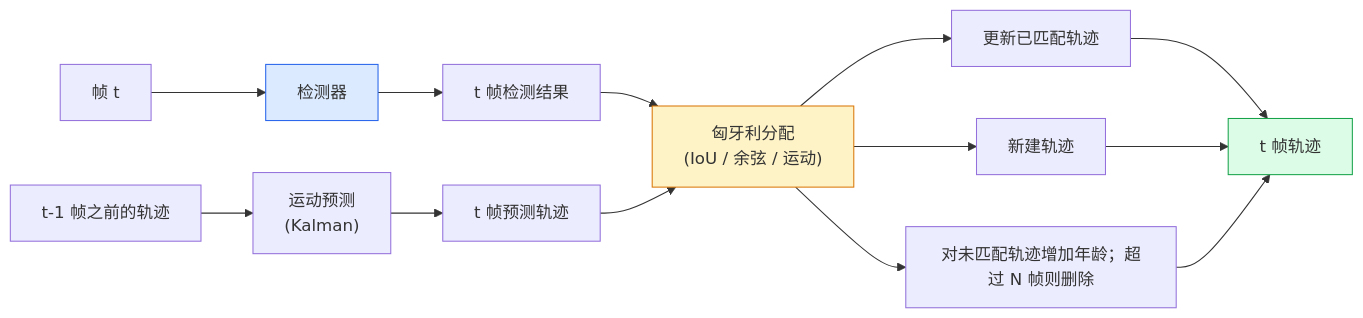
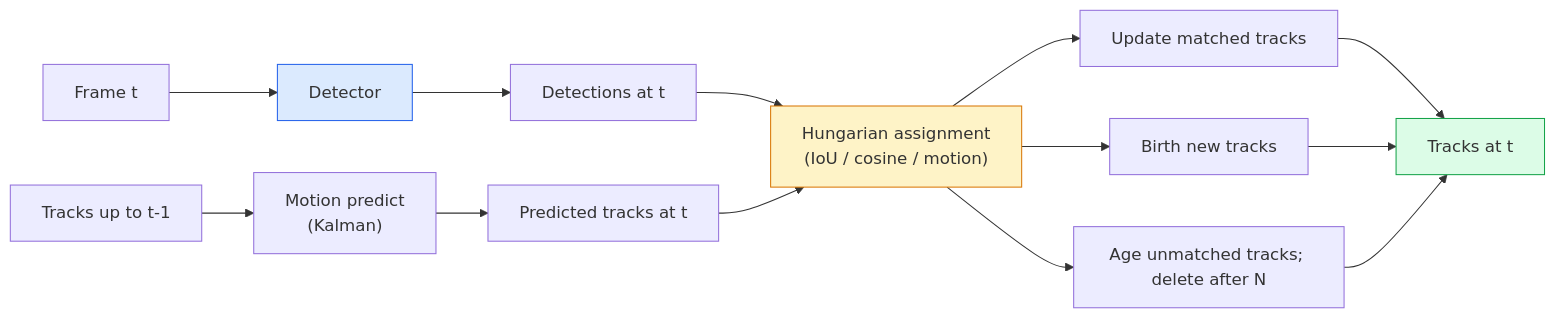
The diagram in i18n/zh/phases/04-computer-vision/27-multi-object-tracking/docs/zh.md (xiaojiaenen/ai-engineering-from-scratch-zh), drawn with Mermaid before and after one commit. The commit also changed other lines of this file and 28 other files, not shown here.

````diff
--- a/i18n/zh/phases/04-computer-vision/27-multi-object-tracking/docs/zh.md
+++ b/i18n/zh/phases/04-computer-vision/27-multi-object-tracking/docs/zh.md
@@ -29,18 +29,18 @@
 ```mermaid
 flowchart LR
-    F1["帧 t"] --> DET["检测器"] --> D1["t 帧检测结果"]
-    PREV["t-1 帧之前的轨迹"] --> PREDICT["运动预测<br/>(Kalman)"]
-    PREDICT --> PRED["t 帧预测轨迹"]
-    D1 --> ASSOC["匈牙利分配<br/>(IoU / 余弦 / 运动)"]
+    F1["Frame t"] --> DET["Detector"] --> D1["Detections at t"]
+    PREV["Tracks up to t-1"] --> PREDICT["Motion predict<br/>(Kalman)"]
+    PREDICT --> PRED["Predicted tracks at t"]
+    D1 --> ASSOC["Hungarian assignment<br/>(IoU / cosine / motion)"]
     PRED --> ASSOC
-    ASSOC --> UPDATE["更新已匹配轨迹"]
-    ASSOC --> NEW["新建轨迹"]
-    ASSOC --> DEAD["对未匹配轨迹增加年龄；超过 N 帧则删除"]
-    UPDATE --> NEXT["t 帧轨迹"]
+    ASSOC --> UPDATE["Update matched tracks"]
+    ASSOC --> NEW["Birth new tracks"]
+    ASSOC --> DEAD["Age unmatched tracks; delete after N"]
+    UPDATE --> NEXT["Tracks at t"]
     NEW --> NEXT
     DEAD --> NEXT
 
     style DET fill:#dbeafe,stroke:#2563eb
     style ASSOC fill:#fef3c7,stroke:#d97706
     style NEXT fill:#dcfce7,stroke:#16a34a
 ```
````
